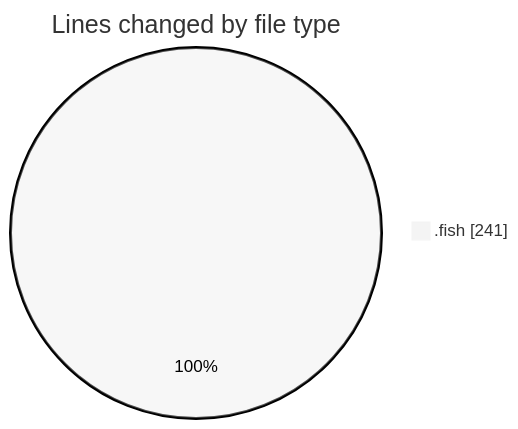
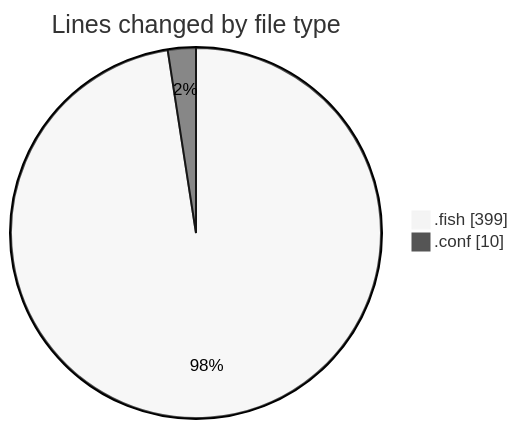
One commit to EIIisD/code-tracking changed the first of 2 diagrams in 2025-07-20/fish/README.md. Above: the diagram before and after it, drawn with Mermaid (neutral theme). The commit also changed other lines of this file and 1 other file, not shown here.

````diff
--- a/2025-07-20/fish/README.md
+++ b/2025-07-20/fish/README.md
@@ -24,5 +27,6 @@
 ```mermaid
 pie showData
 title Lines changed by file type
-".fish" : 241
+".fish" : 399
+".conf" : 10
 ```
````
